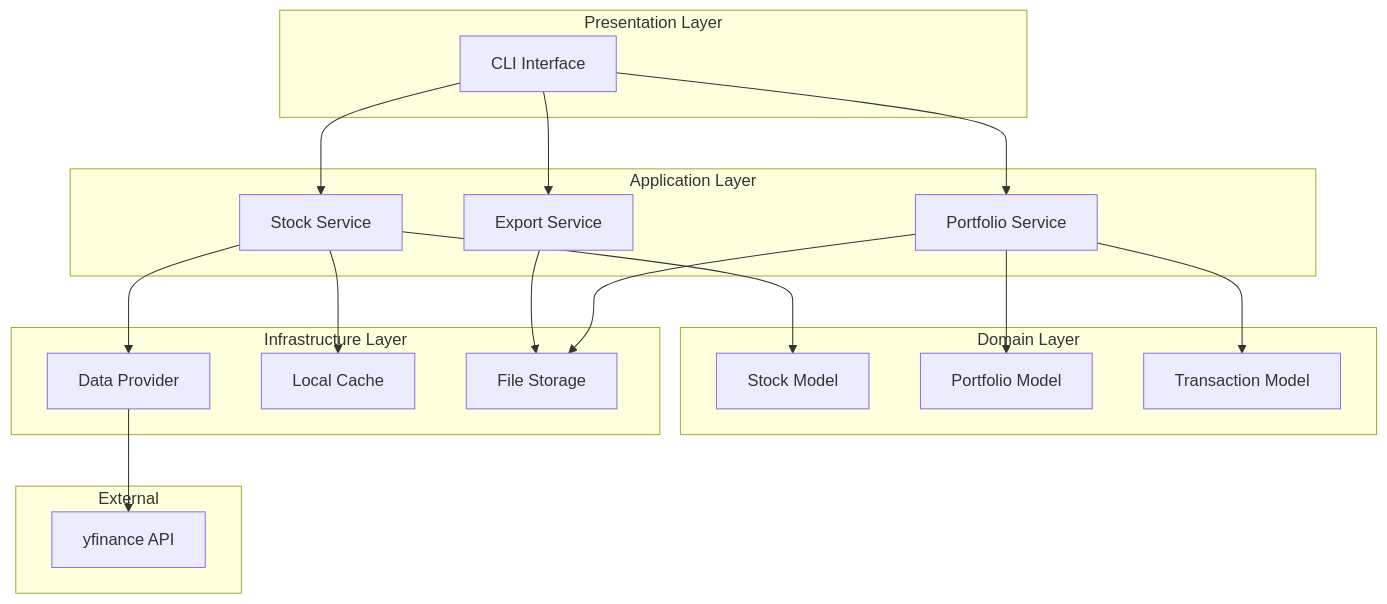
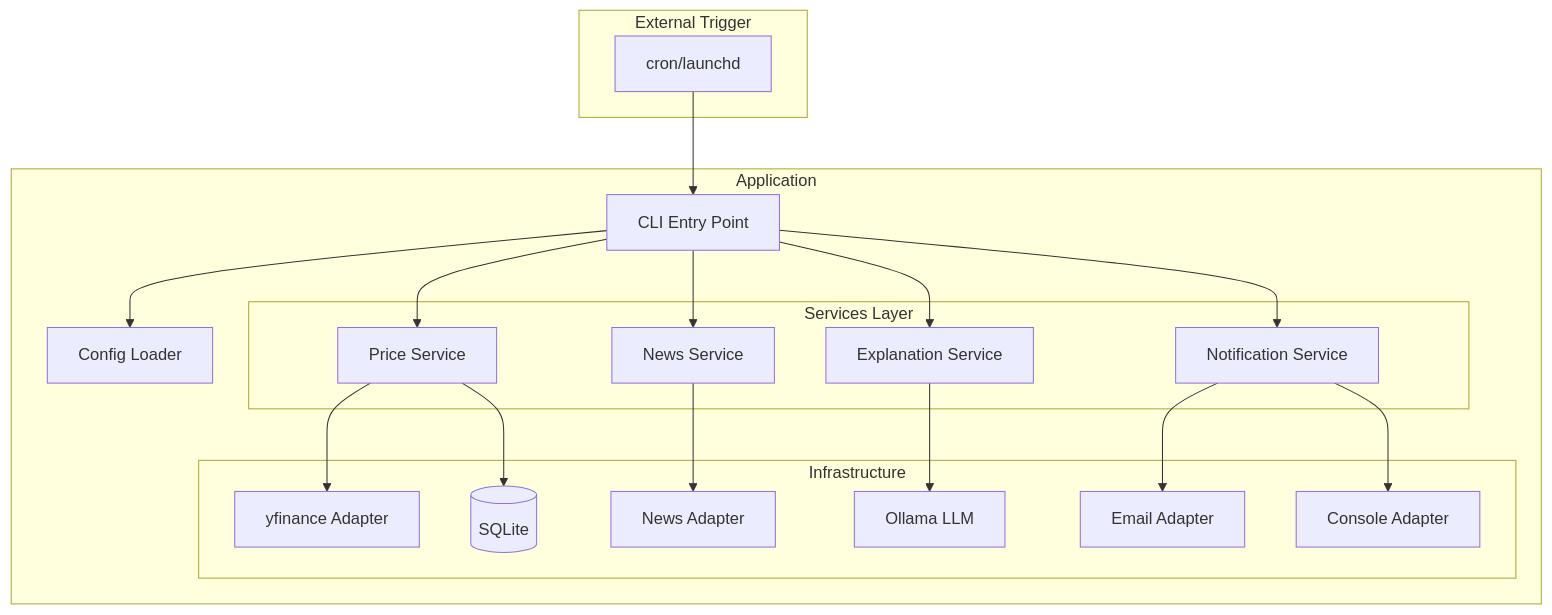
Before and after one commit to ramonbnuezjr/stock_tracker_agent: the first of 4 diagrams in .cursor/architecture.md, drawn with Mermaid. The commit also changed other lines of this file and 39 other files, not shown here.

````diff
--- a/.cursor/architecture.md
+++ b/.cursor/architecture.md
@@ -11,43 +11,43 @@
 ```mermaid
 flowchart TB
-    subgraph Presentation["Presentation Layer"]
-        CLI[CLI Interface]
+    subgraph Trigger ["External Trigger"]
+        Cron[cron/launchd]
     end
     
-    subgraph Application["Application Layer"]
-        StockService[Stock Service]
-        PortfolioService[Portfolio Service]
-        ExportService[Export Service]
+    subgraph App ["Application"]
+        CLI[CLI Entry Point]
+        Config[Config Loader]
+        
+        subgraph Services ["Services Layer"]
+            PriceSvc[Price Service]
+            NewsSvc[News Service]
+            ExplainSvc[Explanation Service]
+            NotifySvc[Notification Service]
+        end
+        
+        subgraph Infra ["Infrastructure"]
+            YFinance[yfinance Adapter]
+            NewsAPI[News Adapter]
+            Ollama[Ollama LLM]
+            SQLite[(SQLite)]
+            Email[Email Adapter]
+            Console[Console Adapter]
+        end
     end
     
-    subgraph Domain["Domain Layer"]
-        StockModel[Stock Model]
-        PortfolioModel[Portfolio Model]
-        TransactionModel[Transaction Model]
-    end
+    Cron --> CLI
+    CLI --> Config
+    CLI --> PriceSvc
+    PriceSvc --> YFinance
+    PriceSvc --> SQLite
     
-    subgraph Infrastructure["Infrastructure Layer"]
-        DataProvider[Data Provider]
-        Cache[Local Cache]
-        Storage[File Storage]
-    end
+    CLI --> NewsSvc
+    NewsSvc --> NewsAPI
     
-    subgraph External["External"]
-        YFinance[yfinance API]
-    end
+    CLI --> ExplainSvc
+    ExplainSvc --> Ollama
     
-    CLI --> StockService
-    CLI --> PortfolioService
-    CLI --> ExportService
-    
-    StockService --> StockModel
-    PortfolioService --> PortfolioModel
-    PortfolioService --> TransactionModel
-    
-    StockService --> DataProvider
-    StockService --> Cache
-    PortfolioService --> Storage
-    ExportService --> Storage
-    
-    DataProvider --> YFinance
+    CLI --> NotifySvc
+    NotifySvc --> Email
+    NotifySvc --> Console
 ```
````
